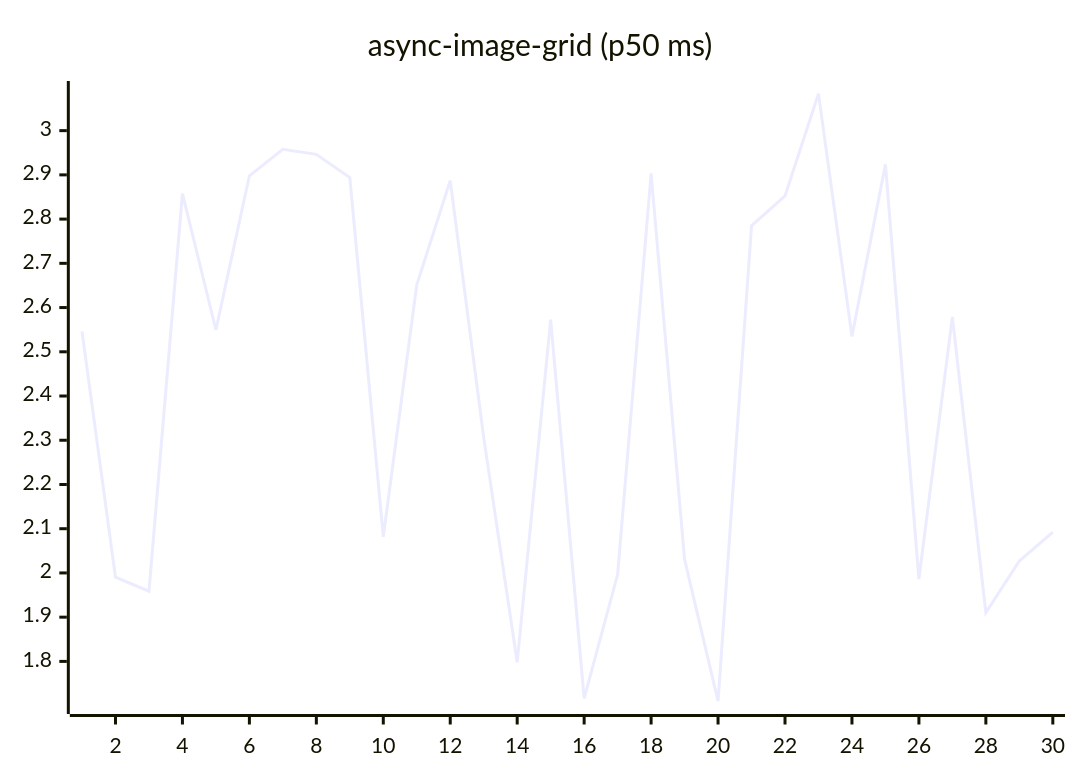
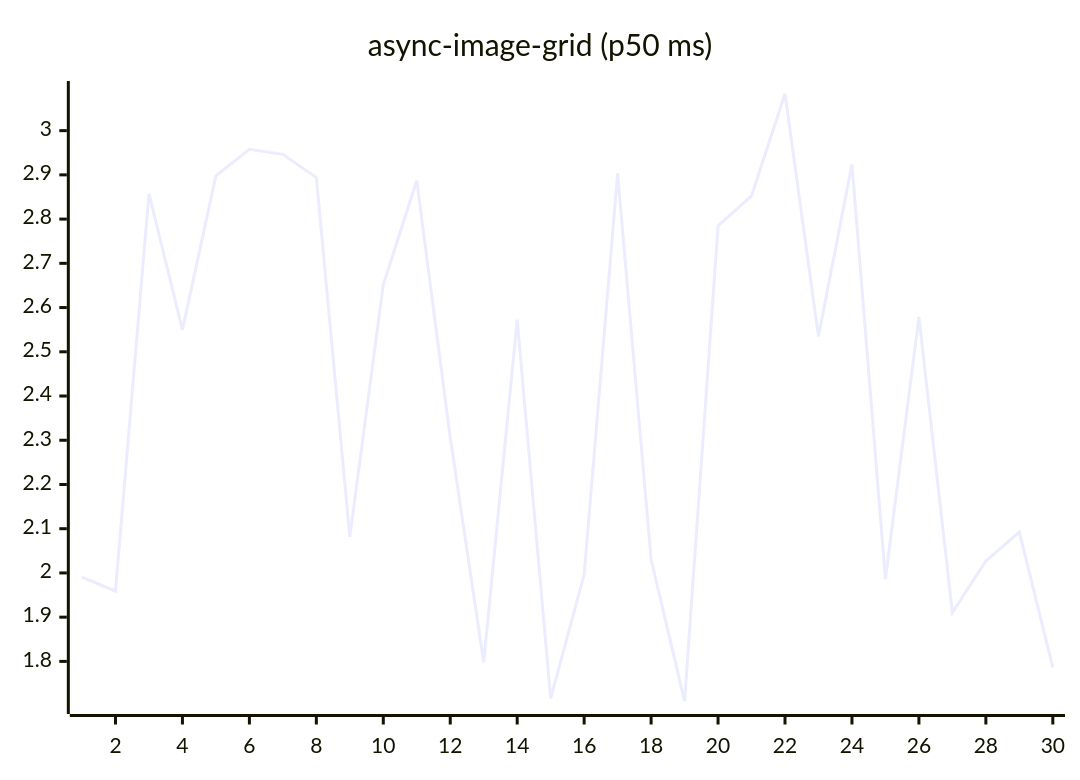
Before and after one commit to josha/Facet: the fifth of 27 diagrams in README.md, drawn with Mermaid. The commit also changed other lines of this file and 2 other files, not shown here.

````diff
--- a/README.md
+++ b/README.md
@@ -91,6 +91,6 @@
 ```mermaid
 xychart-beta
     title "async-image-grid (p50 ms)"
     x-axis 1 --> 30
-    line [2.5459, 1.9906, 1.9586, 2.8577, 2.5497, 2.8980, 2.9576, 2.9463, 2.8940, 2.0815, 2.6515, 2.8871, 2.3060, 1.7979, 2.5726, 1.7163, 1.9964, 2.9032, 2.0307, 1.7099, 2.7848, 2.8523, 3.0834, 2.5349, 2.9237, 1.9862, 2.5787, 1.9102, 2.0270, 2.0924]
+    line [1.9906, 1.9586, 2.8577, 2.5497, 2.8980, 2.9576, 2.9463, 2.8940, 2.0815, 2.6515, 2.8871, 2.3060, 1.7979, 2.5726, 1.7163, 1.9964, 2.9032, 2.0307, 1.7099, 2.7848, 2.8523, 3.0834, 2.5349, 2.9237, 1.9862, 2.5787, 1.9102, 2.0270, 2.0924, 1.7862]
 ```
````
